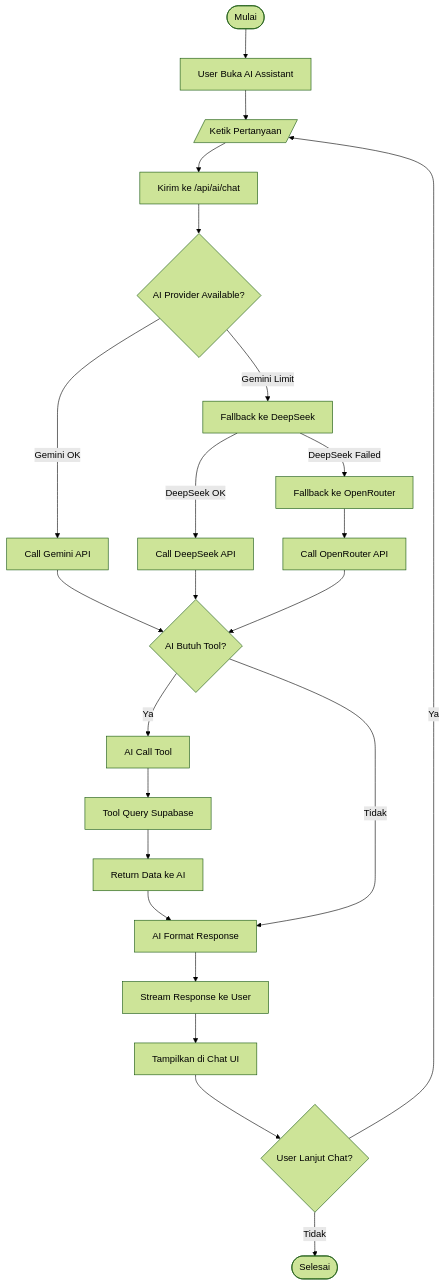
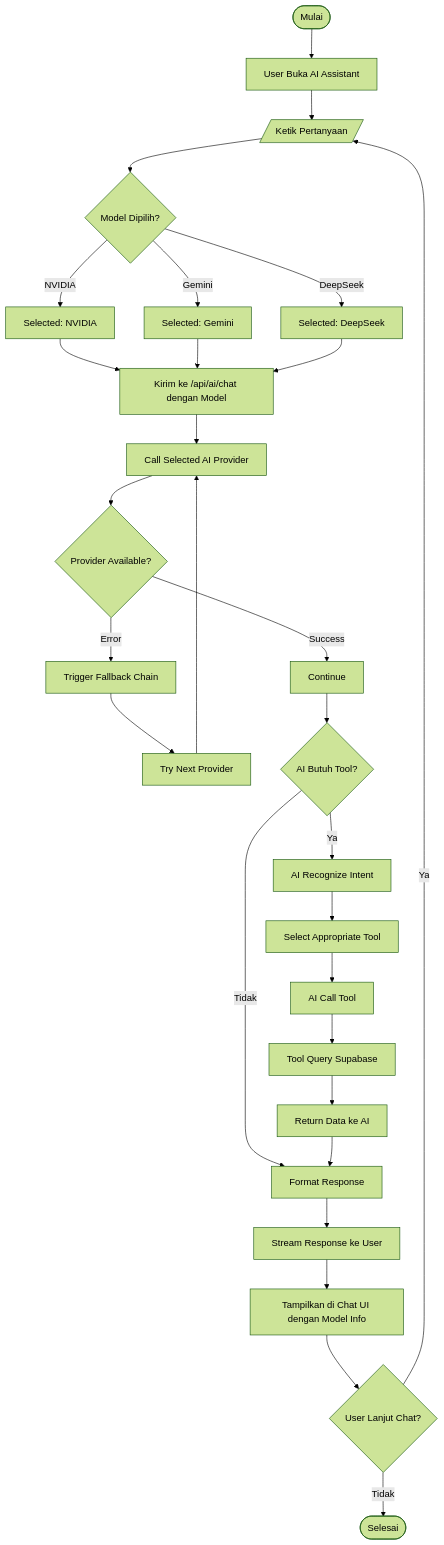
Before and after one commit to iqbalgsr46/sipas: the fourth of 12 diagrams in docs/flowchart.md, drawn with Mermaid (forest theme). The commit also changed other lines of this file and 10 other files, not shown here.

Commit message:
docs: update all documentation files to v2.2.0 with NVIDIA API integration and AI intelligence improvements

````diff
--- a/docs/flowchart.md
+++ b/docs/flowchart.md
@@ -68,29 +68,37 @@
 ```mermaid
 graph TD
     A([Mulai]) --> B[User Buka AI Assistant]
     B --> C[/Ketik Pertanyaan/]
-    C --> D[Kirim ke /api/ai/chat]
-    D --> E{AI Provider Available?}
-    E -->|Gemini OK| F[Call Gemini API]
-    E -->|Gemini Limit| G[Fallback ke DeepSeek]
-    G -->|DeepSeek OK| H[Call DeepSeek API]
-    G -->|DeepSeek Failed| I[Fallback ke OpenRouter]
-    I --> J[Call OpenRouter API]
+    C --> D{Model Dipilih?}
+    D -->|NVIDIA| E[Selected: NVIDIA]
+    D -->|Gemini| F[Selected: Gemini]
+    D -->|DeepSeek| G[Selected: DeepSeek]
     
-    F --> K{AI Butuh Tool?}
-    H --> K
-    J --> K
+    E --> H[Kirim ke /api/ai/chat dengan Model]
+    F --> H
+    G --> H
     
-    K -->|Ya| L[AI Call Tool]
-    L --> M[Tool Query Supabase]
-    M --> N[Return Data ke AI]
-    N --> O[AI Format Response]
+    H --> I[Call Selected AI Provider]
+    I --> J{Provider Available?}
+    J -->|Error| K[Trigger Fallback Chain]
+    J -->|Success| L[Continue]
     
-    K -->|Tidak| O
+    K --> M[Try Next Provider]
+    M --> I
     
-    O --> P[Stream Response ke User]
-    P --> Q[Tampilkan di Chat UI]
-    Q --> R{User Lanjut Chat?}
-    R -->|Ya| C
-    R -->|Tidak| Z([Selesai])
+    L --> N{AI Butuh Tool?}
+    N -->|Ya| O[AI Recognize Intent]
+    N -->|Tidak| P[Format Response]
+    
+    O --> Q[Select Appropriate Tool]
+    Q --> R[AI Call Tool]
+    R --> S[Tool Query Supabase]
+    S --> T[Return Data ke AI]
+    T --> P
+    
+    P --> U[Stream Response ke User]
+    U --> V[Tampilkan di Chat UI dengan Model Info]
+    V --> W{User Lanjut Chat?}
+    W -->|Ya| C
+    W -->|Tidak| Z([Selesai])
 ```
````
